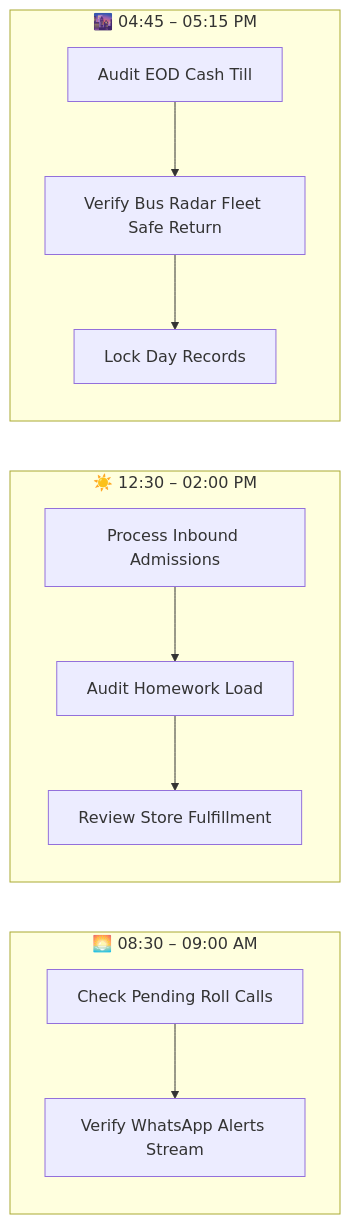
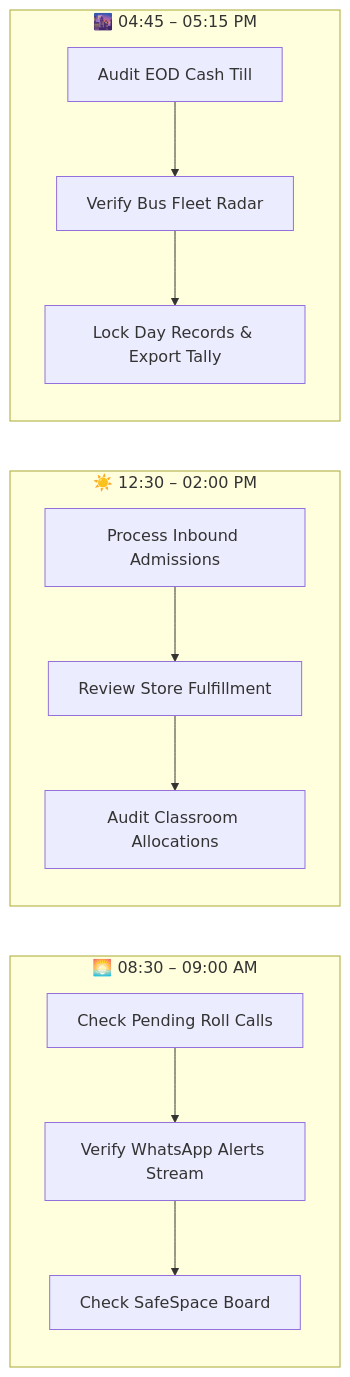
One commit to yasaswinisaisuryaprabhanagam-wq/Finkfold_Priyanka_School changed the second of 2 diagrams in admin_portal_user_manual.md. Above: the diagram before and after it, drawn with Mermaid. The commit also changed other lines of this file and 2 other files, not shown here.

````diff
--- a/admin_portal_user_manual.md
+++ b/admin_portal_user_manual.md
@@ -370,12 +670,12 @@
 ```mermaid
 graph LR
     subgraph Morning ["🌅 08:30 – 09:00 AM"]
-        A1[Check Pending Roll Calls] --> A2[Verify WhatsApp Alerts Stream]
+        A1[Check Pending Roll Calls] --> A2[Verify WhatsApp Alerts Stream] --> A3[Check SafeSpace Board]
     end
     subgraph Midday ["☀️ 12:30 – 02:00 PM"]
-        B1[Process Inbound Admissions] --> B2[Audit Homework Load] --> B3[Review Store Fulfillment]
+        B1[Process Inbound Admissions] --> B2[Review Store Fulfillment] --> B3[Audit Classroom Allocations]
     end
     subgraph Evening ["🌆 04:45 – 05:15 PM"]
-        C1[Audit EOD Cash Till] --> C2[Verify Bus Radar Fleet Safe Return] --> C3[Lock Day Records]
+        C1[Audit EOD Cash Till] --> C2[Verify Bus Fleet Radar] --> C3[Lock Day Records & Export Tally]
     end
 ```
````
